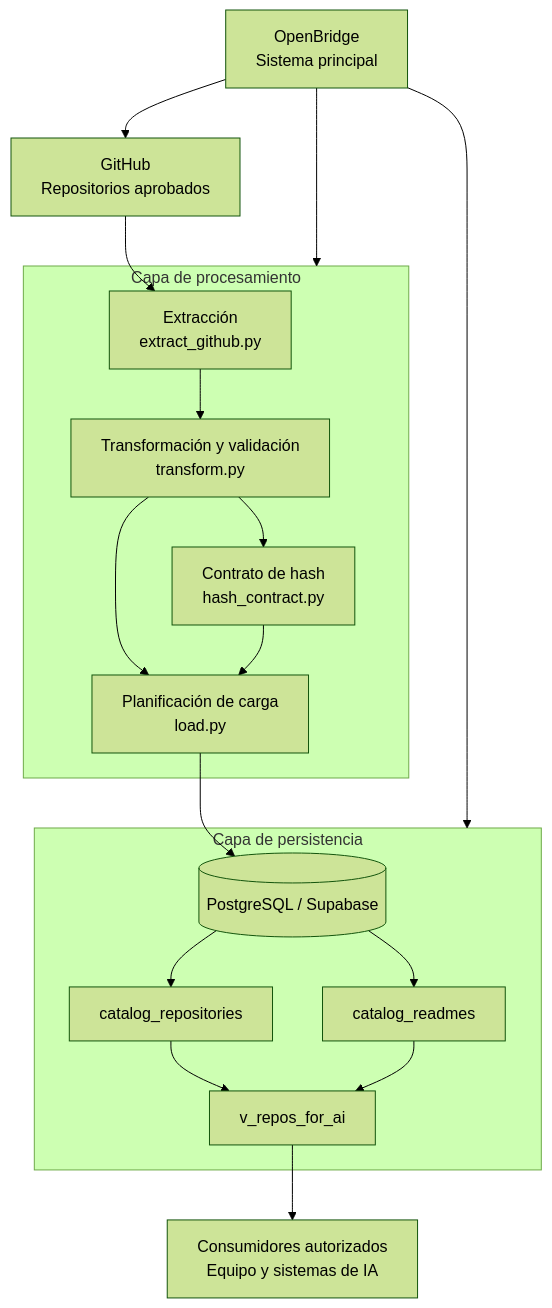
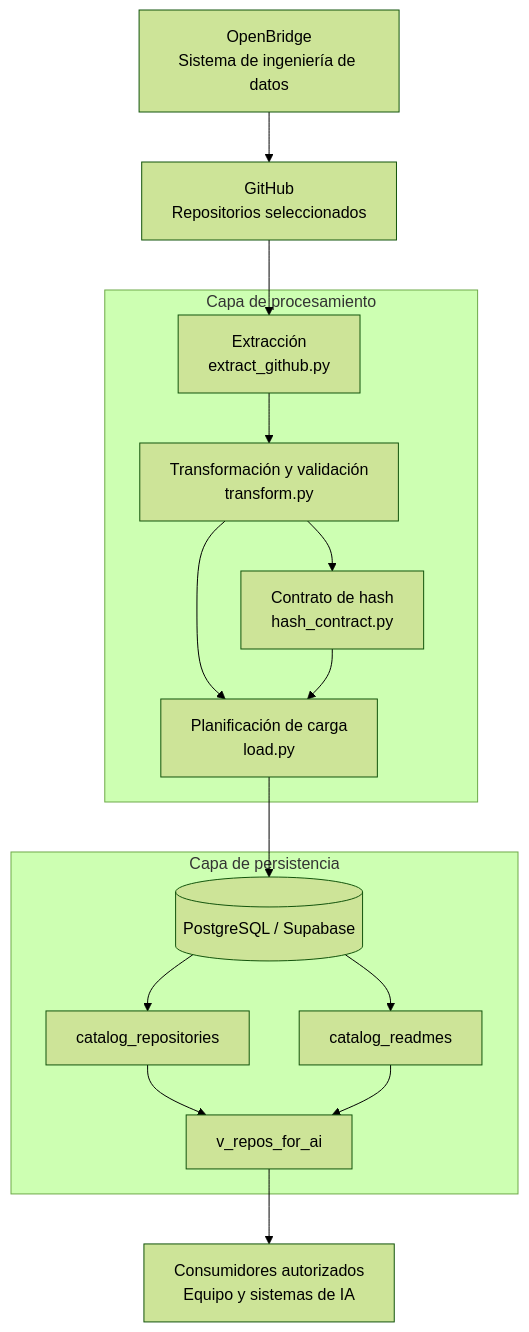
Before and after one commit to No-Country-simulation/S10_26_EQUIPO_29: the first of 3 diagrams in OpenBridge_Data.md, drawn with Mermaid (forest theme). The commit also changed other lines of this file, not shown here.

````diff
--- a/OpenBridge_Data.md
+++ b/OpenBridge_Data.md
@@ -48,39 +81,35 @@
 ```mermaid
 flowchart TD
-    OB["OpenBridge<br/>Sistema principal"]
-
-    GH["GitHub<br/>Repositorios aprobados"]
+    OB["OpenBridge<br/>Sistema de ingeniería de datos"]
+    GH["GitHub<br/>Repositorios seleccionados"]
 
     subgraph PROC["Capa de procesamiento"]
         EX["Extracción<br/>extract_github.py"]
         TR["Transformación y validación<br/>transform.py"]
         HC["Contrato de hash<br/>hash_contract.py"]
         LP["Planificación de carga<br/>load.py"]
     end
 
     subgraph DB["Capa de persistencia"]
         PG[("PostgreSQL / Supabase")]
         CR["catalog_repositories"]
         CM["catalog_readmes"]
         VW["v_repos_for_ai"]
     end
 
     CON["Consumidores autorizados<br/>Equipo y sistemas de IA"]
 
     OB --> GH
-    OB --> PROC
-    OB --> DB
-
     GH --> EX
     EX --> TR
     TR --> HC
     TR --> LP
     HC --> LP
     LP --> PG
 
     PG --> CR
     PG --> CM
     CR --> VW
     CM --> VW
     VW --> CON
 ```
````
